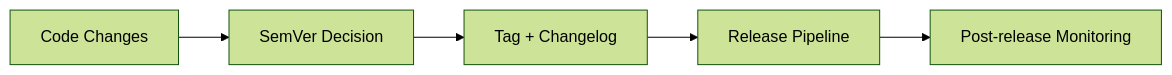
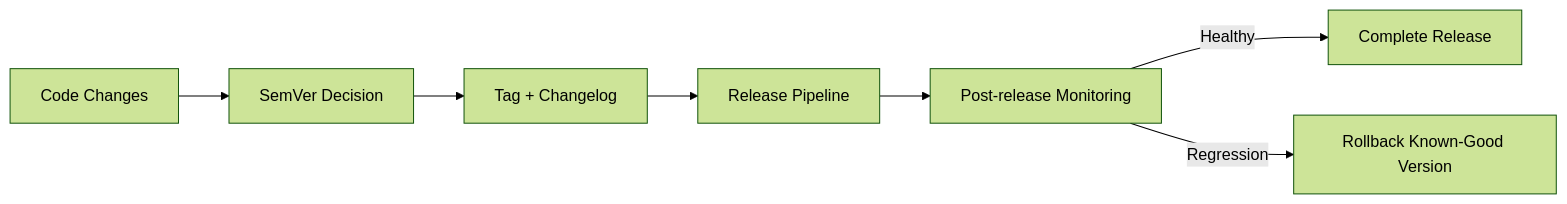
Before and after one commit to kaushalkumar8459/CodingTerminal-Tutorial-Notes: the diagram in tutorial-platform/public/tutorials/react/day-089-release-management-and-semver.md, drawn with Mermaid (forest theme). The commit also changed other lines of this file, not shown here.

Commit message:
Enhance Day 89 release management guidance without changing structure

````diff
--- a/tutorial-platform/public/tutorials/react/day-089-release-management-and-semver.md
+++ b/tutorial-platform/public/tutorials/react/day-089-release-management-and-semver.md
@@ -170,7 +181,9 @@
 ```mermaid
 flowchart LR
 	A[Code Changes] --> B[SemVer Decision]
 	B --> C[Tag + Changelog]
 	C --> D[Release Pipeline]
 	D --> E[Post-release Monitoring]
+	E -->|Healthy| F[Complete Release]
+	E -->|Regression| G[Rollback Known-Good Version]
 ```
````
